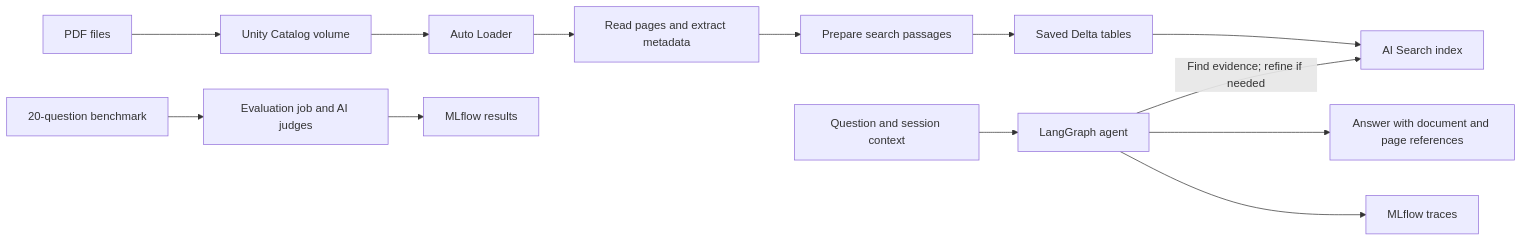
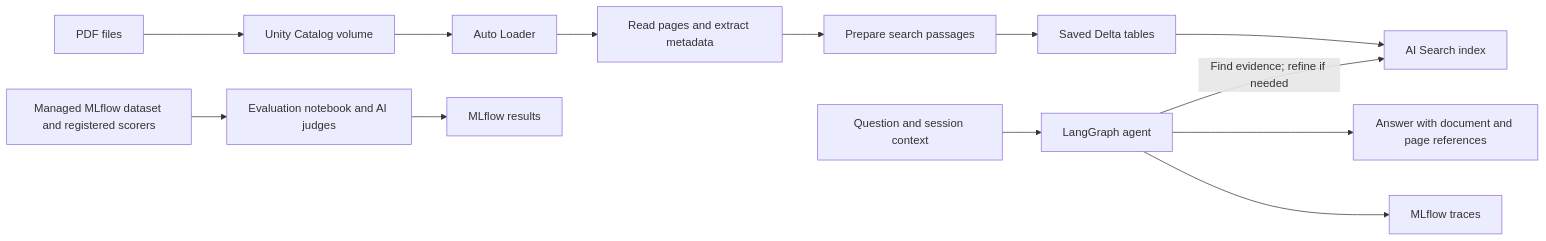
Before and after one commit to dan-keeling-databricks/databricks-agentic-rag: the diagram in docs/ARCHITECTURE.md, drawn with Mermaid. The commit also changed other lines of this file and 20 other files, not shown here.

Commit message:
Use MLflow-managed datasets and registered evaluation scorers

````diff
--- a/docs/ARCHITECTURE.md
+++ b/docs/ARCHITECTURE.md
@@ -7,15 +7,15 @@
 ```mermaid
 flowchart LR
     A[PDF files] --> B[Unity Catalog volume]
     B --> C[Auto Loader]
     C --> D[Read pages and extract metadata]
     D --> E[Prepare search passages]
     E --> F[Saved Delta tables]
     F --> G[AI Search index]
     H[Question and session context] --> I[LangGraph agent]
     I -->|Find evidence; refine if needed| G
     I --> J[Answer with document and page references]
     I --> K[MLflow traces]
-    L[20-question benchmark] --> M[Evaluation job and AI judges]
+    L[Managed MLflow dataset and registered scorers] --> M[Evaluation notebook and AI judges]
     M --> N[MLflow results]
 ```
````
